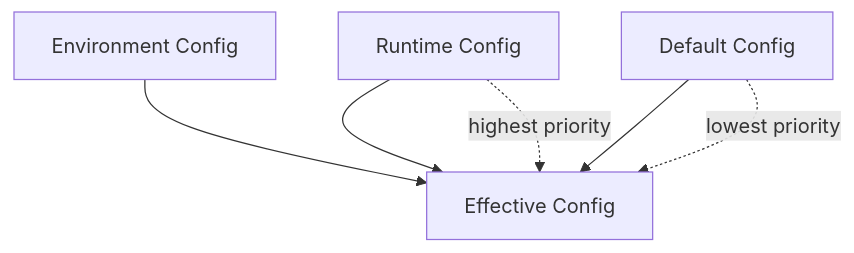
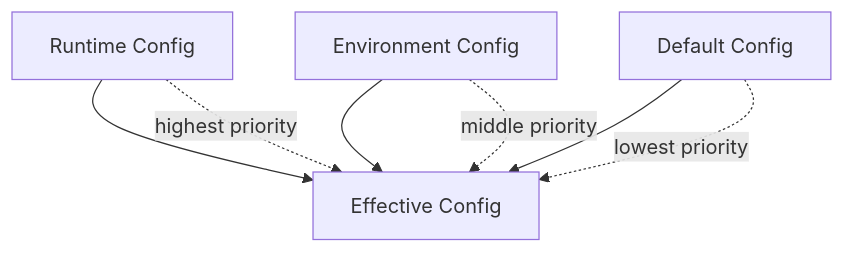
One commit to Jonathan0823/VoxaLive changed the fifth of 10 diagrams in docs/04_BACKEND_DESIGN.md. Above: the diagram before and after it, drawn with Mermaid. The commit also changed other lines of this file, not shown here.

```diff
--- a/docs/04_BACKEND_DESIGN.md
+++ b/docs/04_BACKEND_DESIGN.md
@@ -175,8 +431,10 @@
 ~~~mermaid
 flowchart TD
     Runtime[Runtime Config] --> Effective[Effective Config]
     Env[Environment Config] --> Effective
     Default[Default Config] --> Effective
+
     Runtime -. highest priority .-> Effective
+    Env -. middle priority .-> Effective
     Default -. lowest priority .-> Effective
 ~~~
```
